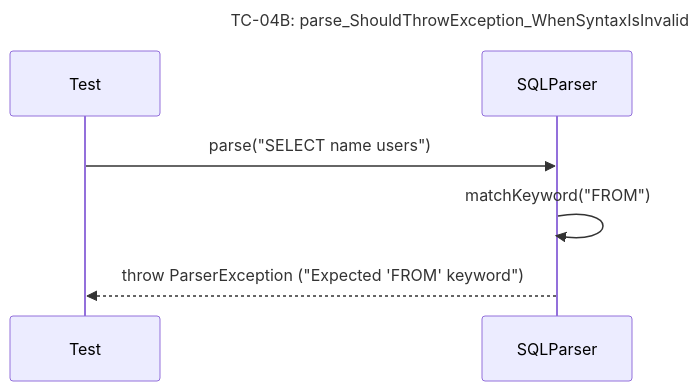
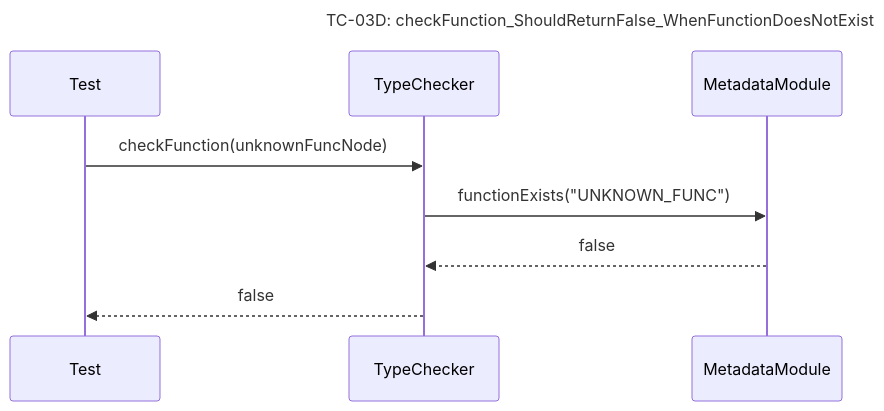
Before and after one commit to Dikhang1112/Database_Management_BBV: diagram 17 of 30 in docs/unit_test/query_prossor/SequeceTestCase.md, drawn with Mermaid. The commit also changed other lines of this file and 2 other files, not shown here.

Commit message:
Add unit test for senetic analysis

````diff
--- a/docs/unit_test/query_prossor/SequeceTestCase.md
+++ b/docs/unit_test/query_prossor/SequeceTestCase.md
@@ -233,10 +245,12 @@
 ```mermaid
 sequenceDiagram
-    title TC-04B: parse_ShouldThrowException_WhenSyntaxIsInvalid
+    title TC-03D: checkFunction_ShouldReturnFalse_WhenFunctionDoesNotExist
     participant Test
-    participant SQLParser
+    participant TypeChecker
+    participant MetadataModule
 
-    Test->>SQLParser: parse("SELECT name users")
-    SQLParser->>SQLParser: matchKeyword("FROM")
-    SQLParser-->>Test: throw ParserException ("Expected 'FROM' keyword")
+    Test->>TypeChecker: checkFunction(unknownFuncNode)
+    TypeChecker->>MetadataModule: functionExists("UNKNOWN_FUNC")
+    MetadataModule-->>TypeChecker: false
+    TypeChecker-->>Test: false
 ```
````
